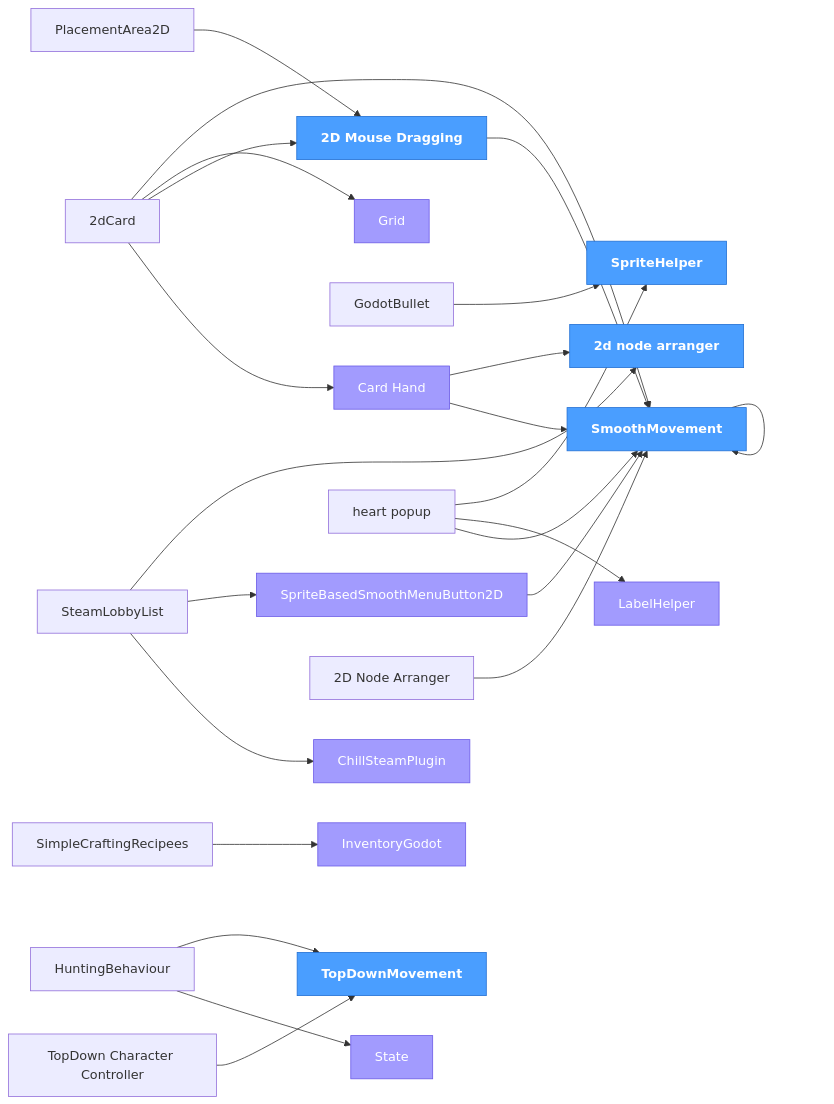
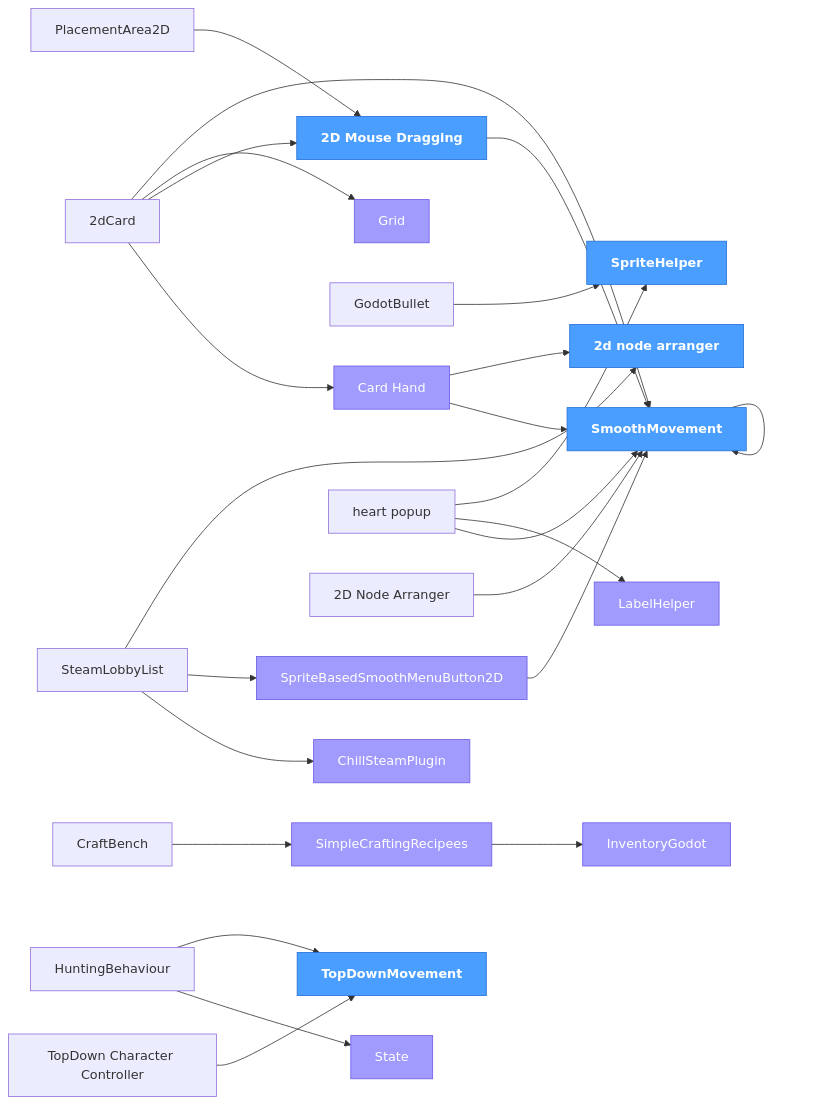
One commit to ChillCube/.github changed the diagram in ADDONS.md. Above: the diagram before and after it, drawn with Mermaid. The commit also changed other lines of this file, not shown here.

Commit message:
registry: update dependency tree

```diff
--- a/ADDONS.md
+++ b/ADDONS.md
@@ -95,6 +96,7 @@
 
     Card_Hand["Card Hand"]
     ChillSteamPlugin["ChillSteamPlugin"]
+    CraftBench["CraftBench"]
     Godot_2D_Mouse_Dragging["2D Mouse Dragging"]
     GodotBullet["GodotBullet"]
     Godot_Grid["Grid"]
@@ -117,6 +119,7 @@
 
     Card_Hand --> Godot_SmoothMovement
     Card_Hand --> n_2d_node_arranger
+    CraftBench --> SimpleCraftingRecipees
     Godot_2D_Mouse_Dragging --> Godot_SmoothMovement
     GodotBullet --> SpriteHelper
     Godot_SmoothMovement --> Godot_SmoothMovement
@@ -147,12 +150,14 @@
     class InventoryGodot shared
     class LabelHelper shared
     class n_2d_node_arranger core
+    class SimpleCraftingRecipees shared
     class SpriteHelper core
     class State shared
     class TopDownMovement core
 
     click Card_Hand href "https://github.com/ChillCube/Card_Hand" _blank
     click ChillSteamPlugin href "https://github.com/ChillCube/ChillSteamPlugin" _blank
+    click CraftBench href "https://github.com/ChillCube/CraftBench" _blank
     click Godot_2D_Mouse_Dragging href "https://github.com/ChillCube/Godot_2D_Mouse_Dragging" _blank
     click GodotBullet href "https://github.com/ChillCube/GodotBullet" _blank
     click Godot_Grid href "https://github.com/ChillCube/Godot_Grid" _blank
```
